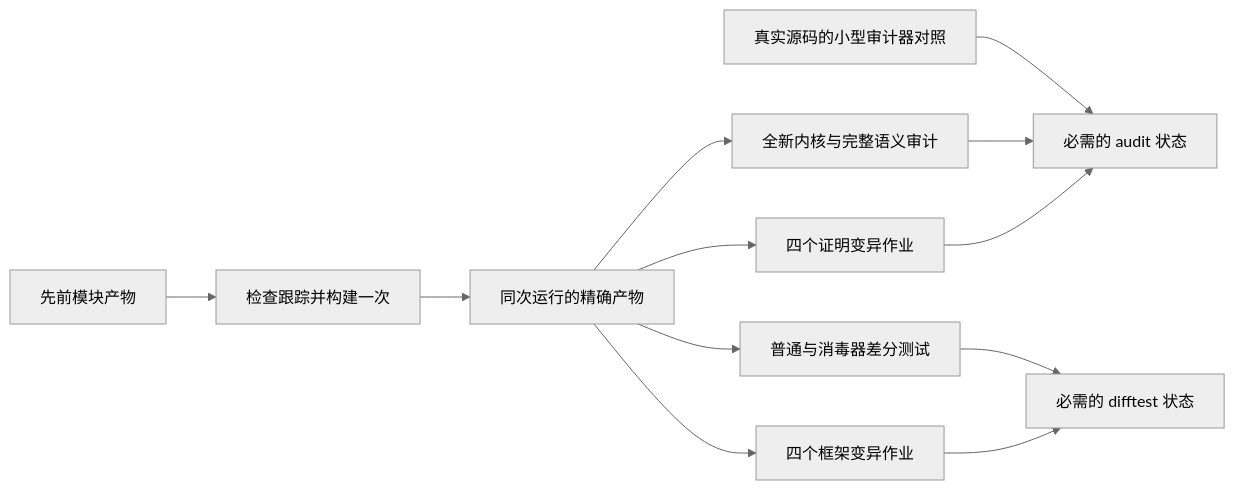
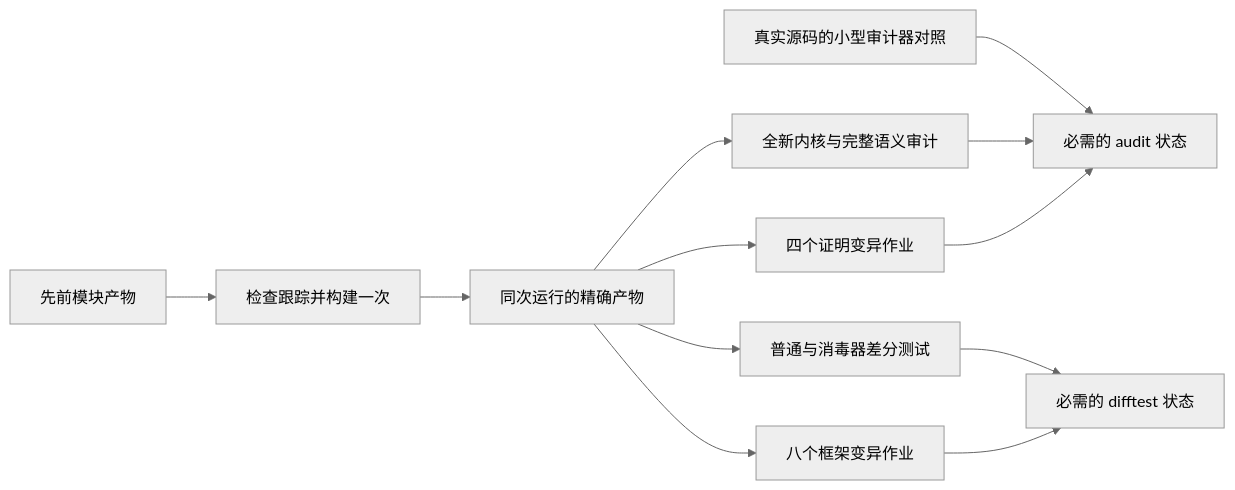
Before and after one commit to cla7aye15I4nd/zlib-f: the diagram in site/translations/checking/ci-performance.zh.md, drawn with Mermaid (neutral theme). The commit also changed other lines of this file and 4 other files, not shown here.

````diff
--- a/site/translations/checking/ci-performance.zh.md
+++ b/site/translations/checking/ci-performance.zh.md
@@ -53,14 +53,14 @@
 ```mermaid
 flowchart LR
   C[先前模块产物] --> B[检查跟踪并构建一次]
   B --> A[同次运行的精确产物]
   A --> K[全新内核与完整语义审计]
   A --> P[四个证明变异作业]
   A --> D[普通与消毒器差分测试]
-  A --> H[四个框架变异作业]
+  A --> H[八个框架变异作业]
   U[真实源码的小型审计器对照] --> G[必需的 audit 状态]
   K --> G
   P --> G
   D --> T[必需的 difftest 状态]
   H --> T
 ```
````
